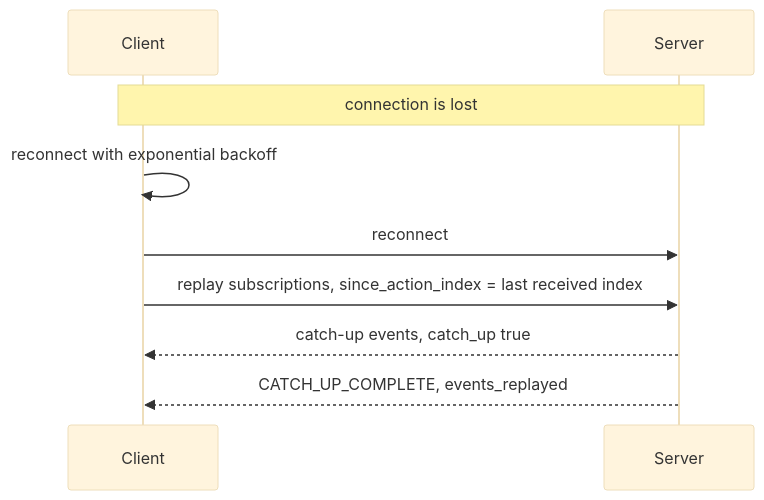
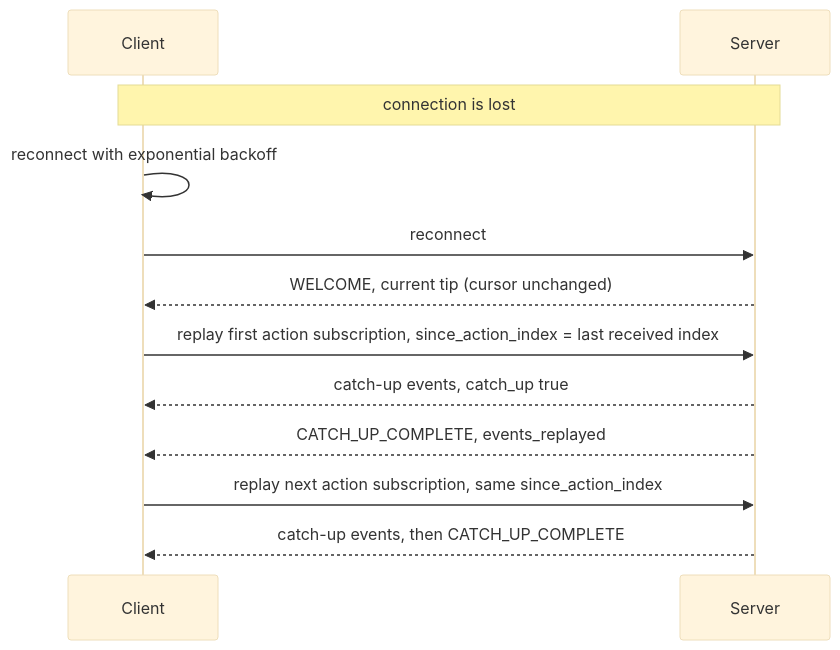
One commit to XChain-Platform/xchain-documentation changed the diagram in components/sdk/websocket.md. Above: the diagram before and after it, drawn with Mermaid (base theme). The commit also changed other lines of this file and 35 other files, not shown here.

````diff
--- a/components/sdk/websocket.md
+++ b/components/sdk/websocket.md
@@ -319,13 +328,16 @@
 ```mermaid
 sequenceDiagram
     participant Client
     participant Server
 
     Note over Client,Server: connection is lost
     Client->>Client: reconnect with exponential backoff
     Client->>Server: reconnect
 
-    Client->>Server: replay subscriptions, since_action_index = last received index
+    Server-->>Client: WELCOME, current tip (cursor unchanged)
+    Client->>Server: replay first action subscription, since_action_index = last received index
     Server-->>Client: catch-up events, catch_up true
     Server-->>Client: CATCH_UP_COMPLETE, events_replayed
+    Client->>Server: replay next action subscription, same since_action_index
+    Server-->>Client: catch-up events, then CATCH_UP_COMPLETE
 ```
````
